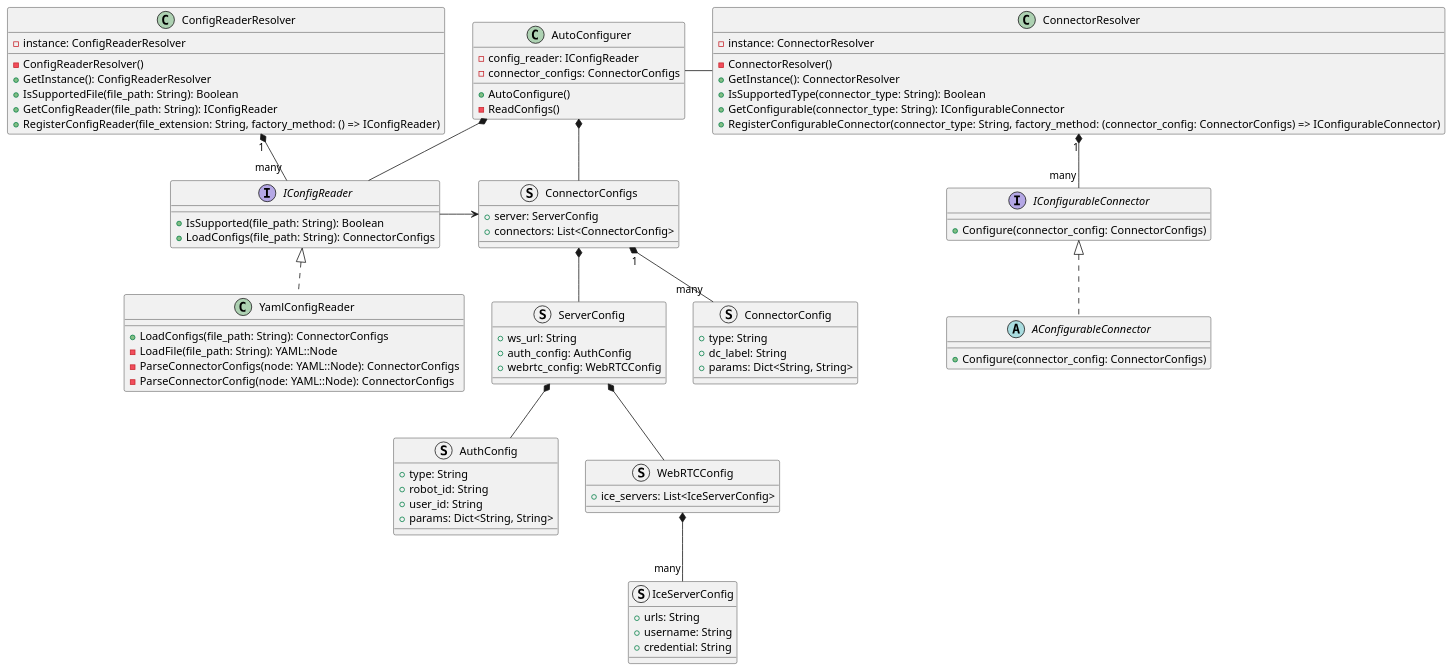
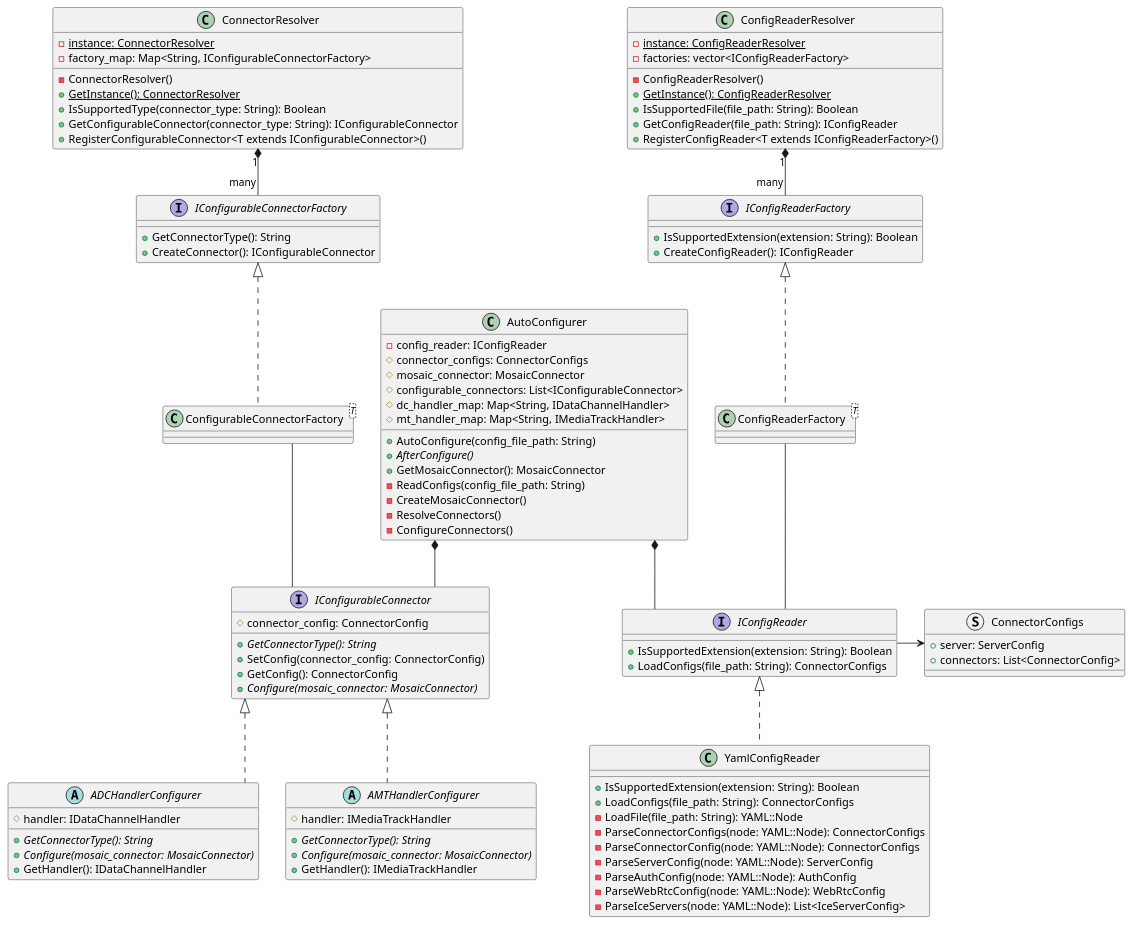
The diagram in docs/diagrams/autoconfigurer/class_autoconfigurer.puml (ACSL-MOSAIC/mosaic-core), drawn with PlantUML before and after one commit. The commit also changed 39 other files, not shown here.

Commit message:
- Refactor auto-configurer and related components: rename files, update class definitions, and improve connector handling

```diff
--- a/docs/diagrams/autoconfigurer/class_autoconfigurer.puml
+++ b/docs/diagrams/autoconfigurer/class_autoconfigurer.puml
@@ -1,98 +1,113 @@
 @startuml
 'https://plantuml.com/class-diagram
+skinparam linetype ortho
 
 class AutoConfigurer {
     - config_reader: IConfigReader
-    - connector_configs: ConnectorConfigs
-    + AutoConfigure()
-    - ReadConfigs()
+    # connector_configs: ConnectorConfigs
+    # mosaic_connector: MosaicConnector
+    # configurable_connectors: List<IConfigurableConnector>
+    # dc_handler_map: Map<String, IDataChannelHandler>
+    # mt_handler_map: Map<String, IMediaTrackHandler>
+    + AutoConfigure(config_file_path: String)
+    + {abstract} AfterConfigure()
+    + GetMosaicConnector(): MosaicConnector
+    - ReadConfigs(config_file_path: String)
+    - CreateMosaicConnector()
+    - ResolveConnectors()
+    - ConfigureConnectors()
 }
 
 class ConfigReaderResolver {
     - ConfigReaderResolver()
-    + GetInstance(): ConfigReaderResolver
+    + {static} GetInstance(): ConfigReaderResolver
     + IsSupportedFile(file_path: String): Boolean
     + GetConfigReader(file_path: String): IConfigReader
-    + RegisterConfigReader(file_extension: String, factory_method: () => IConfigReader)
+    + RegisterConfigReader<T extends IConfigReaderFactory>()
 
-    - instance: ConfigReaderResolver
+    - {static} instance: ConfigReaderResolver
+    - factories: vector<IConfigReaderFactory>
 }
 
 interface IConfigReader {
-    + IsSupported(file_path: String): Boolean
+    + IsSupportedExtension(extension: String): Boolean
     + LoadConfigs(file_path: String): ConnectorConfigs
 }
 
 class YamlConfigReader implements IConfigReader {
+    + IsSupportedExtension(extension: String): Boolean
     + LoadConfigs(file_path: String): ConnectorConfigs
     - LoadFile(file_path: String): YAML::Node
     - ParseConnectorConfigs(node: YAML::Node): ConnectorConfigs
     - ParseConnectorConfig(node: YAML::Node): ConnectorConfigs
+    - ParseServerConfig(node: YAML::Node): ServerConfig
+    - ParseAuthConfig(node: YAML::Node): AuthConfig
+    - ParseWebRtcConfig(node: YAML::Node): WebRtcConfig
+    - ParseIceServers(node: YAML::Node): List<IceServerConfig>
 }
 
 struct ConnectorConfigs {
     + server: ServerConfig
     + connectors: List<ConnectorConfig>
 }
 
-struct ServerConfig {
-    + ws_url: String
-    + auth_config: AuthConfig
-    + webrtc_config: WebRTCConfig
+interface IConfigurableConnector {
+    # connector_config: ConnectorConfig
+    + {abstract} GetConnectorType(): String
+    + SetConfig(connector_config: ConnectorConfig)
+    + GetConfig(): ConnectorConfig
+    + {abstract} Configure(mosaic_connector: MosaicConnector)
 }
 
-struct AuthConfig {
-    + type: String
-    + robot_id: String
-    + user_id: String
-    + params: Dict<String, String>
+abstract ADCHandlerConfigurer implements IConfigurableConnector {
+    # handler: IDataChannelHandler
+    + {abstract} GetConnectorType(): String
+    + {abstract} Configure(mosaic_connector: MosaicConnector)
+    + GetHandler(): IDataChannelHandler
 }
 
-struct WebRTCConfig {
-    + ice_servers: List<IceServerConfig>
-}
-
-struct IceServerConfig {
-    + urls: String
-    + username: String
-    + credential: String
-}
-
-struct ConnectorConfig {
-    + type: String
-    + dc_label: String
-    + params: Dict<String, String>
-}
-
-interface IConfigurableConnector {
-    + Configure(connector_config: ConnectorConfigs)
-}
-
-abstract AConfigurableConnector implements IConfigurableConnector {
-    + Configure(connector_config: ConnectorConfigs)
+abstract AMTHandlerConfigurer implements IConfigurableConnector {
+    # handler: IMediaTrackHandler
+    + {abstract} GetConnectorType(): String
+    + {abstract} Configure(mosaic_connector: MosaicConnector)
+    + GetHandler(): IMediaTrackHandler
 }
 
 class ConnectorResolver {
-    - instance: ConnectorResolver
+    - {static} instance: ConnectorResolver
+    - factory_map: Map<String, IConfigurableConnectorFactory>
     - ConnectorResolver()
-    + GetInstance(): ConnectorResolver
+    + {static} GetInstance(): ConnectorResolver
     + IsSupportedType(connector_type: String): Boolean
-    + GetConfigurable(connector_type: String): IConfigurableConnector
-    + RegisterConfigurableConnector(connector_type: String, factory_method: (connector_config: ConnectorConfigs) => IConfigurableConnector)
+    + GetConfigurableConnector(connector_type: String): IConfigurableConnector
+    + RegisterConfigurableConnector<T extends IConfigurableConnector>()
 }
 
-ConnectorResolver "1" *-- "many" IConfigurableConnector
+interface IConfigReaderFactory {
+    + IsSupportedExtension(extension: String): Boolean
+    + CreateConfigReader(): IConfigReader
+}
+
+class ConfigReaderFactory<T> implements IConfigReaderFactory {
+}
+
+interface IConfigurableConnectorFactory {
+    + GetConnectorType(): String
+    + CreateConnector(): IConfigurableConnector
+}
+
+class ConfigurableConnectorFactory<T> implements IConfigurableConnectorFactory {
+}
+
+ConnectorResolver "1" *-- "many" IConfigurableConnectorFactory
 AutoConfigurer *-- IConfigReader
-AutoConfigurer *-- ConnectorConfigs
+AutoConfigurer *-- IConfigurableConnector
 IConfigReader -> ConnectorConfigs
-AutoConfigurer - ConnectorResolver
-ConnectorConfigs "1" *-- "many" ConnectorConfig
-ConnectorConfigs *-- ServerConfig
-ServerConfig *-- AuthConfig
-ServerConfig *-- WebRTCConfig
-WebRTCConfig *-- "many" IceServerConfig
 
-ConfigReaderResolver "1" *-- "many" IConfigReader
+ConfigReaderResolver "1" *-- "many" IConfigReaderFactory
+ConfigReaderFactory -- IConfigReader
+
+ConfigurableConnectorFactory -- IConfigurableConnector
 
 
 @enduml
```
